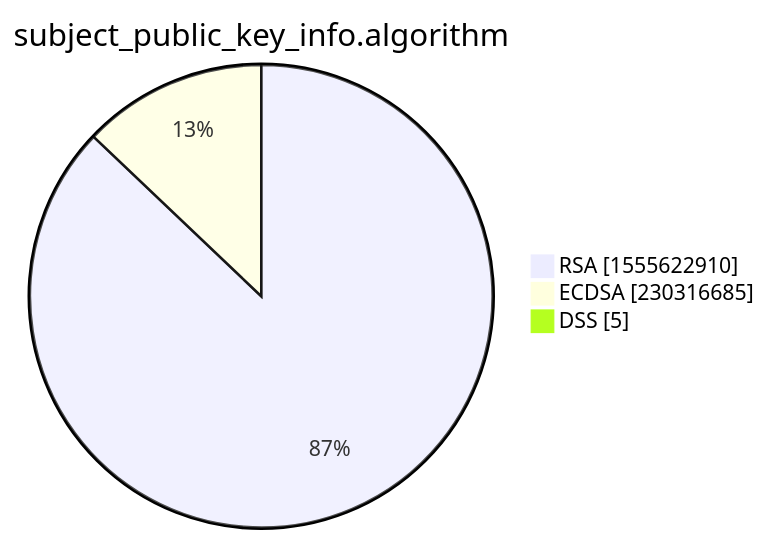
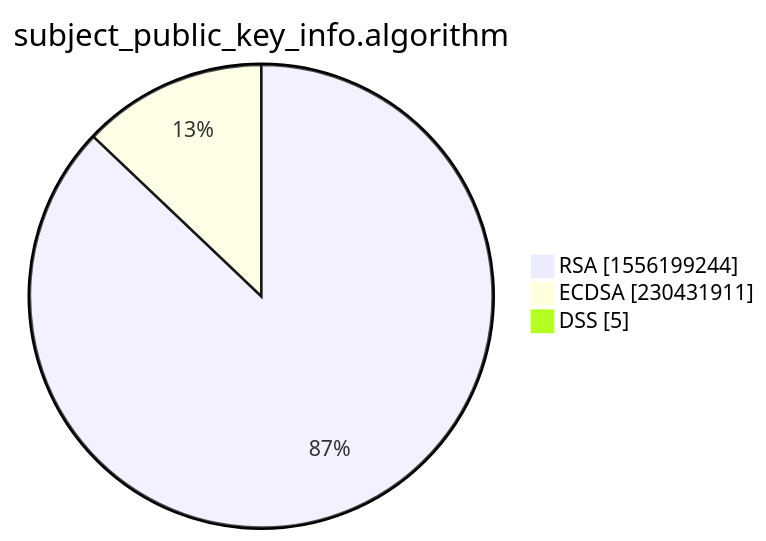
The third of 15 diagrams in xenon2022/README.md (christiankrug/ctmonitor_visualization), drawn with Mermaid before and after one commit. The commit also changed other lines of this file, not shown here.

````diff
--- a/xenon2022/README.md
+++ b/xenon2022/README.md
@@ -14,7 +14,7 @@
 ```mermaid
 pie showData
 title subject_public_key_info.algorithm
-"RSA" :1555622910
-"ECDSA" :230316685
+"RSA" :1556199244
+"ECDSA" :230431911
 "DSS" :5
 ```
````
